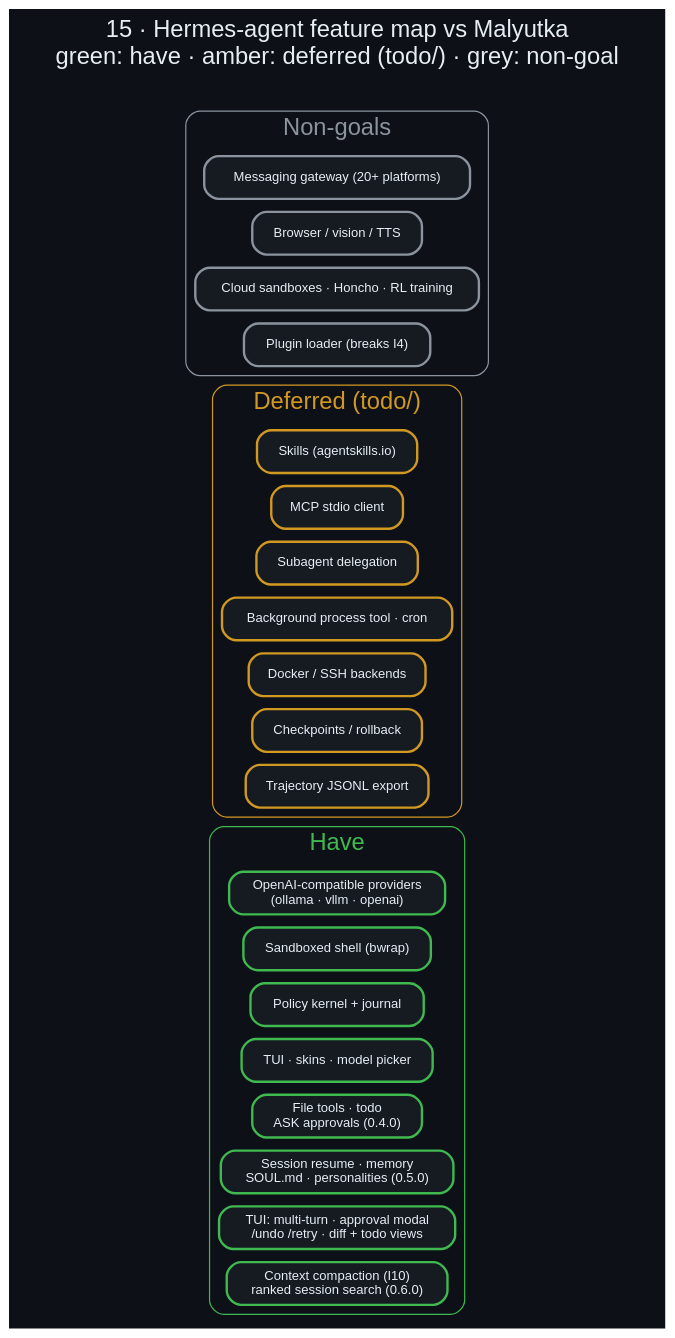
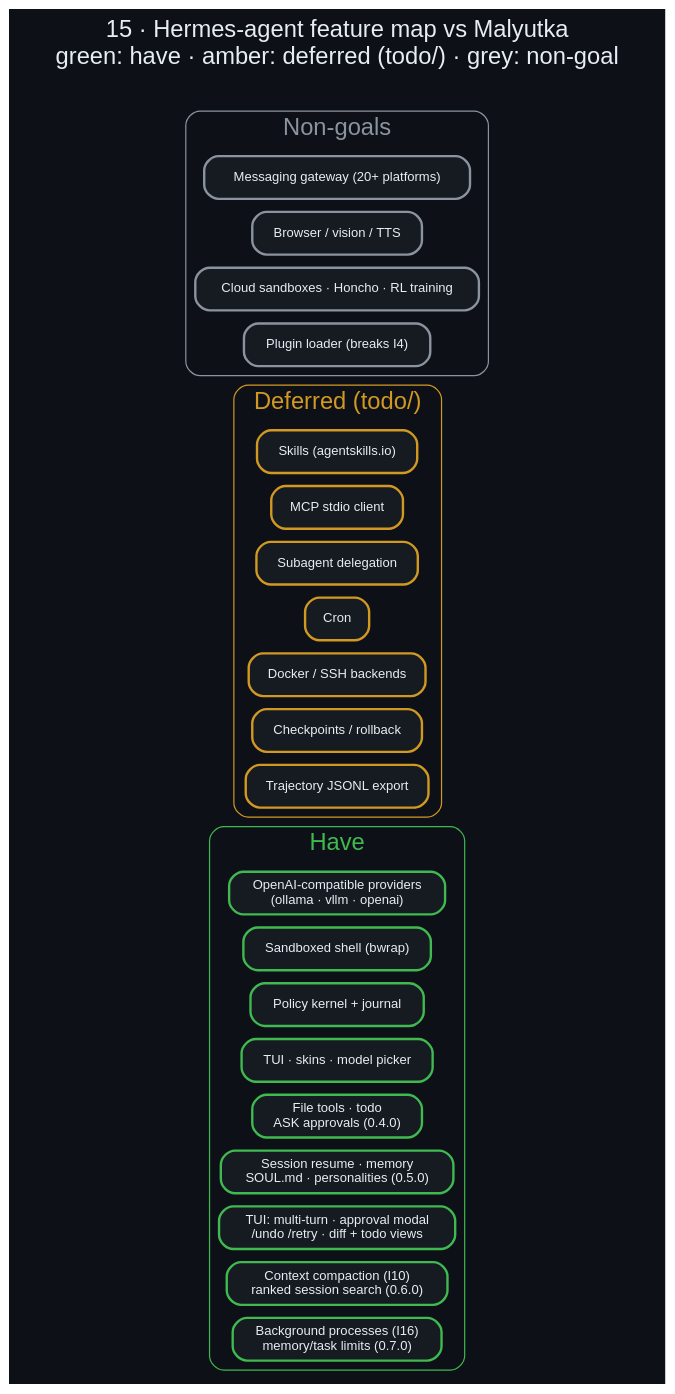
The diagram in docs/diagrams/15_hermes_gap_map.dot (danindiana/malyutka), drawn with Graphviz before and after one commit. The commit also changed 42 other files, not shown here.

First line of the commit message:
feat: background process tool and resource limits (v0.7.0)

```diff
--- a/docs/diagrams/15_hermes_gap_map.dot
+++ b/docs/diagrams/15_hermes_gap_map.dot
@@ -1,30 +1,31 @@
 digraph gap {
     graph [bgcolor="#0d1117", fontname="Helvetica", fontcolor="#e6edf3", labelloc="t", fontsize=20, rankdir=LR,
            label="15 · Hermes-agent feature map vs Malyutka\ngreen: have · amber: deferred (todo/) · grey: non-goal\n ", nodesep=0.15, ranksep=0.7];
     node  [fontname="Helvetica", fontcolor="#e6edf3", color="#30363d", style="filled,rounded", shape=box, penwidth=2, margin="0.22,0.14", fillcolor="#161b22", fontsize=12];
     edge  [color="#8b949e", fontname="Helvetica", fontcolor="#adbac7", penwidth=1.5, arrowsize=0.85, fontsize=10];
     node [fontsize=11, margin="0.15,0.08"];
 
     subgraph cluster_have { label="Have"; fontcolor="#3fb950"; color="#3fb950"; style="rounded";
       h1 [label="OpenAI-compatible providers\n(ollama · vllm · openai)", color="#3fb950"];
       h2 [label="Sandboxed shell (bwrap)", color="#3fb950"];
       h3 [label="Policy kernel + journal", color="#3fb950"];
       h4 [label="TUI · skins · model picker", color="#3fb950"];
       h5 [label="File tools · todo\nASK approvals (0.4.0)", color="#3fb950"];
       h6 [label="Session resume · memory\nSOUL.md · personalities (0.5.0)", color="#3fb950"];
       h7 [label="TUI: multi-turn · approval modal\n/undo /retry · diff + todo views", color="#3fb950"];
-      h8 [label="Context compaction (I10)\nranked session search (0.6.0)", color="#3fb950"]; }
+      h8 [label="Context compaction (I10)\nranked session search (0.6.0)", color="#3fb950"];
+      h9 [label="Background processes (I16)\nmemory/task limits (0.7.0)", color="#3fb950"]; }
     subgraph cluster_def { label="Deferred (todo/)"; fontcolor="#d29922"; color="#d29922"; style="rounded";
       d3 [label="Skills (agentskills.io)", color="#d29922"];
       d4 [label="MCP stdio client", color="#d29922"];
       d5 [label="Subagent delegation", color="#d29922"];
-      d6 [label="Background process tool · cron", color="#d29922"];
+      d6 [label="Cron", color="#d29922"];
       d7 [label="Docker / SSH backends", color="#d29922"];
       d8 [label="Checkpoints / rollback", color="#d29922"];
       d9 [label="Trajectory JSONL export", color="#d29922"]; }
     subgraph cluster_no { label="Non-goals"; fontcolor="#8b949e"; color="#8b949e"; style="rounded";
       g1 [label="Messaging gateway (20+ platforms)", color="#8b949e"];
       g2 [label="Browser / vision / TTS", color="#8b949e"];
       g3 [label="Cloud sandboxes · Honcho · RL training", color="#8b949e"];
       g4 [label="Plugin loader (breaks I4)", color="#8b949e"]; }
 }
```
